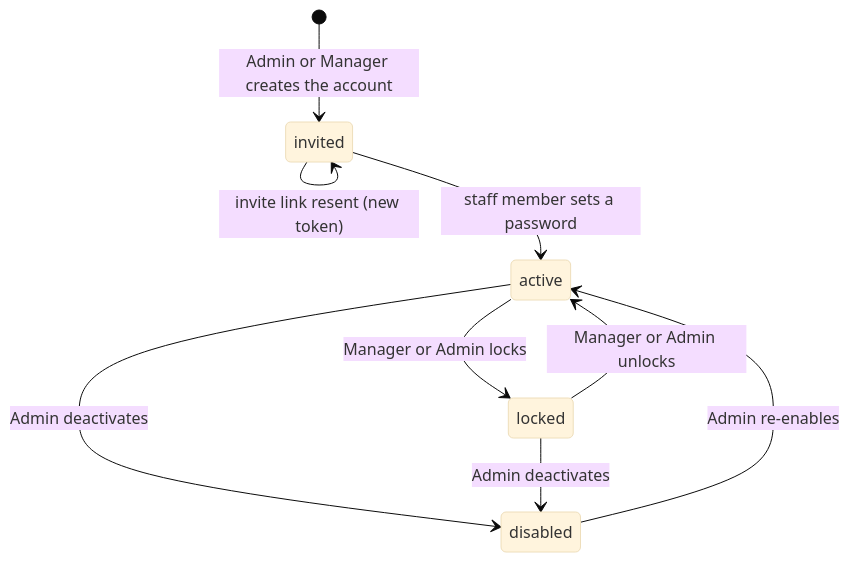
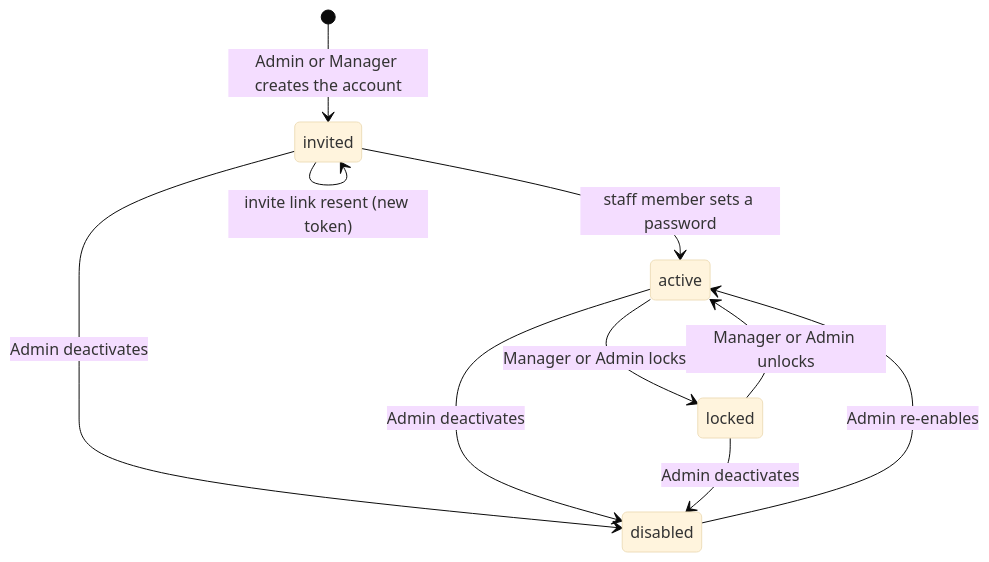
One commit to ninggiangboy/residential-management-system changed the second of 7 diagrams in docs/05-data/identity-and-residency-model.md. Above: the diagram before and after it, drawn with Mermaid (base theme). The commit also changed other lines of this file and 89 other files, not shown here.

````diff
--- a/docs/05-data/identity-and-residency-model.md
+++ b/docs/05-data/identity-and-residency-model.md
@@ -179,11 +179,12 @@
 ```mermaid
 stateDiagram-v2
   [*] --> invited: Admin or Manager creates the account
   invited --> invited: invite link resent (new token)
   invited --> active: staff member sets a password
   active --> locked: Manager or Admin locks
   locked --> active: Manager or Admin unlocks
+  invited --> disabled: Admin deactivates
   active --> disabled: Admin deactivates
   locked --> disabled: Admin deactivates
   disabled --> active: Admin re-enables
 ```
````
